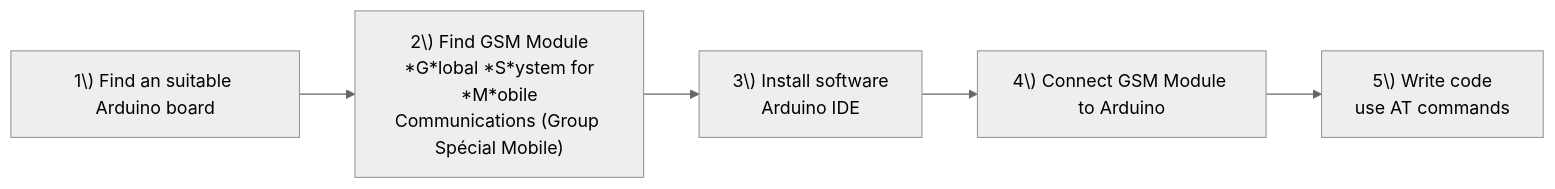
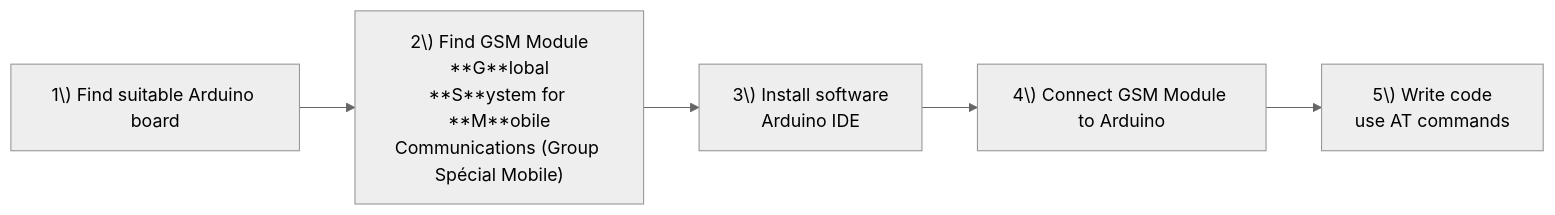
One commit to hmelner/MeshtasticNetworkGuide changed the second of 2 diagrams in CommsAppBuilding&EASGuide.md. Above: the diagram before and after it, drawn with Mermaid (neutral theme).

````diff
--- a/CommsAppBuilding&EASGuide.md
+++ b/CommsAppBuilding&EASGuide.md
@@ -14,8 +14,8 @@
 ```mermaid
   graph LR
-  A["1\) Find an suitable Arduino board"]
-  --> B["2\) Find GSM Module<br> *G*lobal *S*ystem for *M*obile<br>Communications (Group Spécial Mobile)"]
+  A["1\) Find suitable Arduino board"]
+  --> B["2\) Find GSM Module<br> **G**lobal **S**ystem for **M**obile<br>Communications (Group Spécial Mobile)"]
   B-->C["3\) Install software <br> Arduino IDE"]
   C-->D["4\) Connect GSM Module to Arduino"]
   D-->E["5\) Write code <br> use AT commands"]
 ```
````
